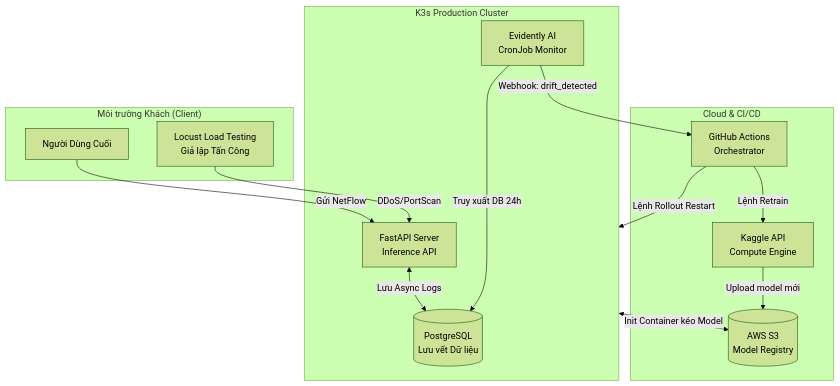
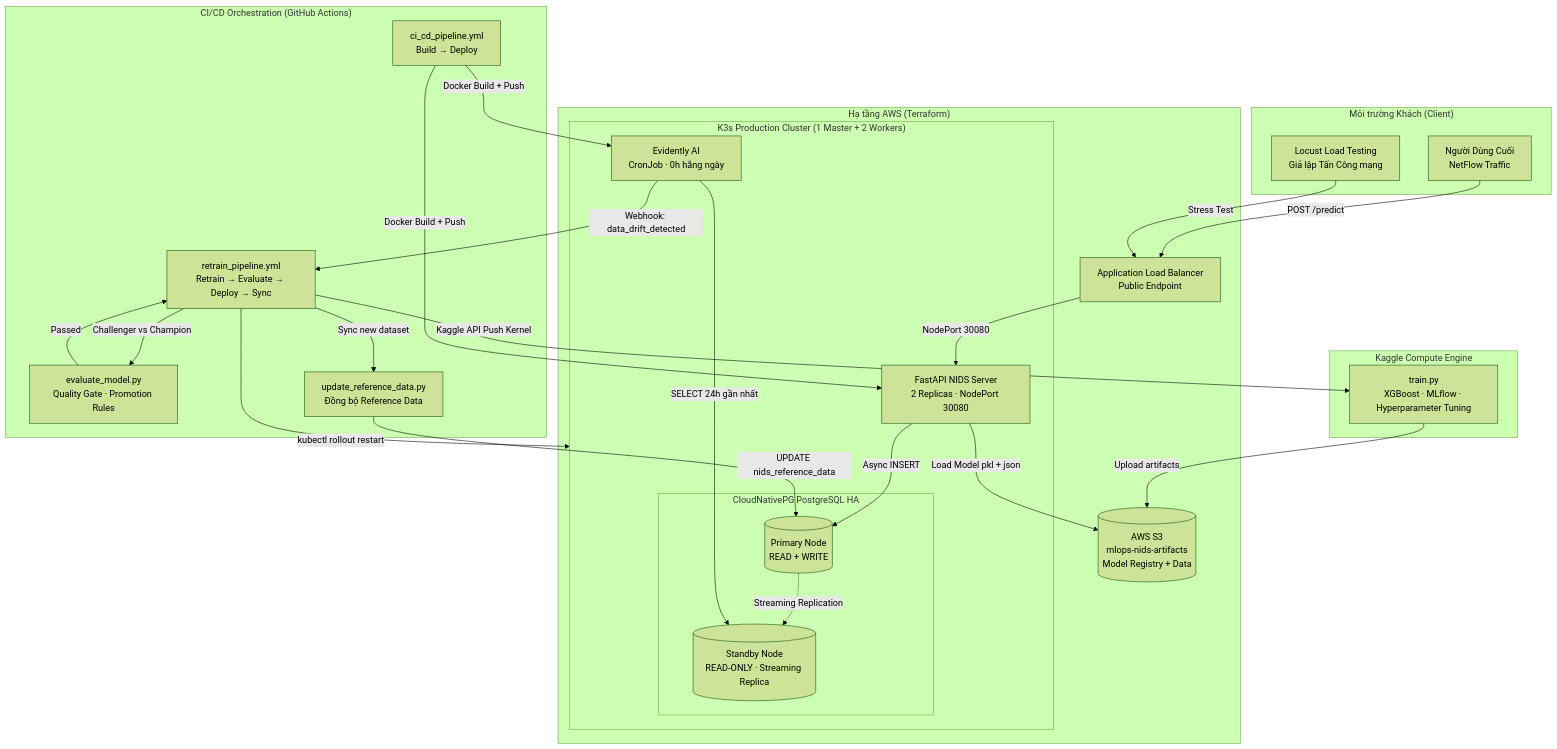
Before and after one commit to Viet-Hoang-2005/AdaptML: the first of 7 diagrams in ARCHITECTURE.md, drawn with Mermaid (forest theme). The commit also changed other lines of this file, not shown here.

Commit message:
docs: Draw a diagram for the system Architecture.

````diff
--- a/ARCHITECTURE.md
+++ b/ARCHITECTURE.md
@@ -9,29 +11,53 @@
 ```mermaid
 flowchart TB
-    subgraph INPUT["Môi trường Khách (Client)"]
-        USER[Người Dùng Cuối]
-        LOCUST[Locust Load Testing<br/>Giả lập Tấn Công]
+    subgraph CLIENT["Môi trường Khách (Client)"]
+        USER[Người Dùng Cuối<br/>NetFlow Traffic]
+        LOCUST[Locust Load Testing<br/>Giả lập Tấn Công mạng]
     end
 
-    subgraph PROD["K3s Production Cluster"]
-        API[FastAPI Server<br/>Inference API]
-        PG[(PostgreSQL<br/>Lưu vết Dữ liệu)]
-        EVIDENTLY[Evidently AI<br/>CronJob Monitor]
+    subgraph AWS_INFRA["Hạ tầng AWS (Terraform)"]
+        ALB[Application Load Balancer<br/>Public Endpoint]
+
+        subgraph K3S["K3s Production Cluster (1 Master + 2 Workers)"]
+            API[FastAPI NIDS Server<br/>2 Replicas · NodePort 30080]
+            subgraph CNPG["CloudNativePG PostgreSQL HA"]
+                PG_PRIMARY[(Primary Node<br/>READ + WRITE)]
+                PG_STANDBY[(Standby Node<br/>READ-ONLY · Streaming Replica)]
+            end
+            EVIDENTLY[Evidently AI<br/>CronJob · 0h hằng ngày]
+        end
+
+        S3[(AWS S3<br/>mlops-nids-artifacts<br/>Model Registry + Data)]
     end
 
-    subgraph CLOUD["Cloud & CI/CD"]
-        GH[GitHub Actions<br/>Orchestrator]
-        KAGGLE[Kaggle API<br/>Compute Engine]
-        S3[(AWS S3<br/>Model Registry)]
+    subgraph CICD["CI/CD Orchestration (GitHub Actions)"]
+        GH_CICD[ci_cd_pipeline.yml<br/>Build → Deploy]
+        GH_RETRAIN[retrain_pipeline.yml<br/>Retrain → Evaluate → Deploy → Sync]
+        EVAL[evaluate_model.py<br/>Quality Gate · Promotion Rules]
+        SYNC[update_reference_data.py<br/>Đồng bộ Reference Data]
     end
 
-    USER -->|Gửi NetFlow| API
-    LOCUST -->|DDoS/PortScan| API
-    API <-->|Lưu Async Logs| PG
-    EVIDENTLY -->|Truy xuất DB 24h| PG
-    EVIDENTLY -->|Webhook: drift_detected| GH
-    GH -->|Lệnh Retrain| KAGGLE
-    KAGGLE -->|Upload model mới| S3
-    GH -->|Lệnh Rollout Restart| PROD
-    PROD <-->|Init Container kéo Model| S3
+    subgraph KAGGLE["Kaggle Compute Engine"]
+        TRAIN[train.py<br/>XGBoost · MLflow · Hyperparameter Tuning]
+    end
+
+    USER -->|POST /predict| ALB
+    LOCUST -->|Stress Test| ALB
+    ALB -->|NodePort 30080| API
+    API -->|Async INSERT| PG_PRIMARY
+    PG_PRIMARY -.->|Streaming Replication| PG_STANDBY
+    EVIDENTLY -->|SELECT 24h gần nhất| PG_STANDBY
+    API -->|Load Model pkl + json| S3
+
+    EVIDENTLY -->|Webhook: data_drift_detected| GH_RETRAIN
+    GH_RETRAIN -->|Kaggle API Push Kernel| TRAIN
+    TRAIN -->|Upload artifacts| S3
+    GH_RETRAIN -->|Challenger vs Champion| EVAL
+    EVAL -->|Passed| GH_RETRAIN
+    GH_RETRAIN -->|kubectl rollout restart| K3S
+    GH_RETRAIN -->|Sync new dataset| SYNC
+    SYNC -->|UPDATE nids_reference_data| PG_PRIMARY
+
+    GH_CICD -->|Docker Build + Push| API
+    GH_CICD -->|Docker Build + Push| EVIDENTLY
 ```
````
